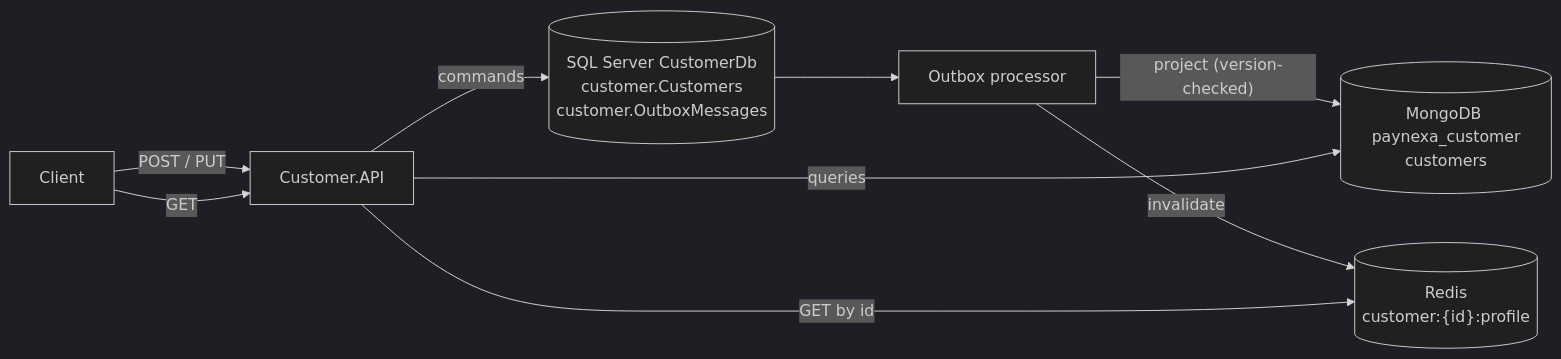
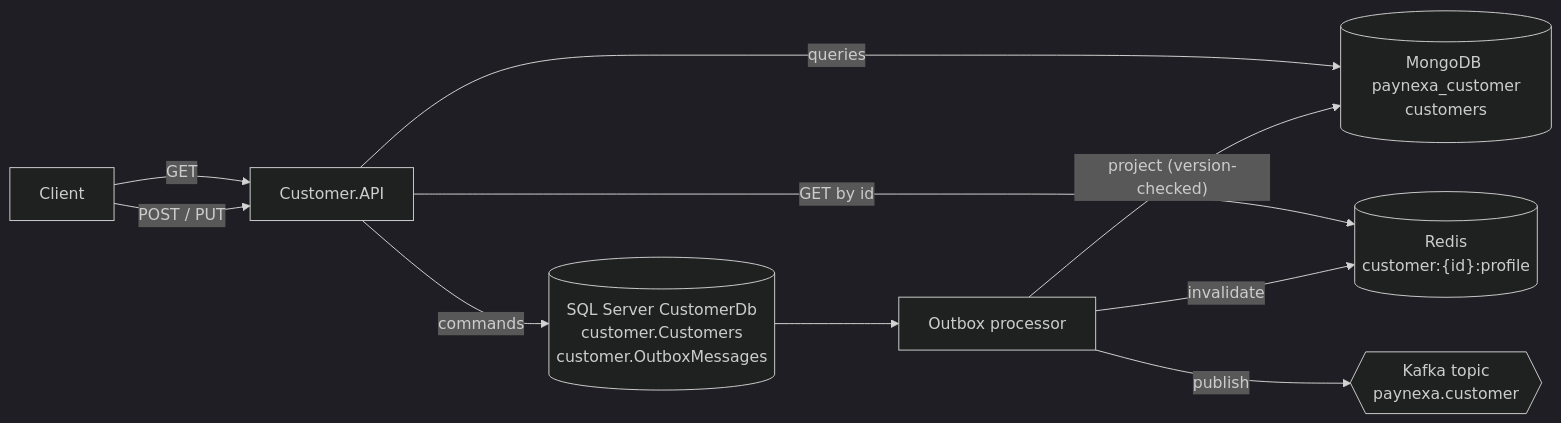
Before and after one commit to saidul-islam-rajib/PayNexa: the diagram in doc/Customer.md, drawn with Mermaid (dark theme). The commit also changed other lines of this file and 291 other files, not shown here.

````diff
--- a/doc/Customer.md
+++ b/doc/Customer.md
@@ -23,11 +24,12 @@
 ```mermaid
 flowchart LR
     Client -->|"POST / PUT"| API["Customer.API"]
     Client -->|"GET"| API
     API -->|"commands"| SQL[("SQL Server CustomerDb<br/>customer.Customers<br/>customer.OutboxMessages")]
     SQL --> Outbox["Outbox processor"]
     Outbox -->|"project (version-checked)"| Mongo[("MongoDB paynexa_customer<br/>customers")]
     Outbox -->|"invalidate"| Redis[("Redis<br/>customer:{id}:profile")]
+    Outbox -->|"publish"| Kafka{{"Kafka topic<br/>paynexa.customer"}}
     API -->|"GET by id"| Redis
     API -->|"queries"| Mongo
 ```
````
